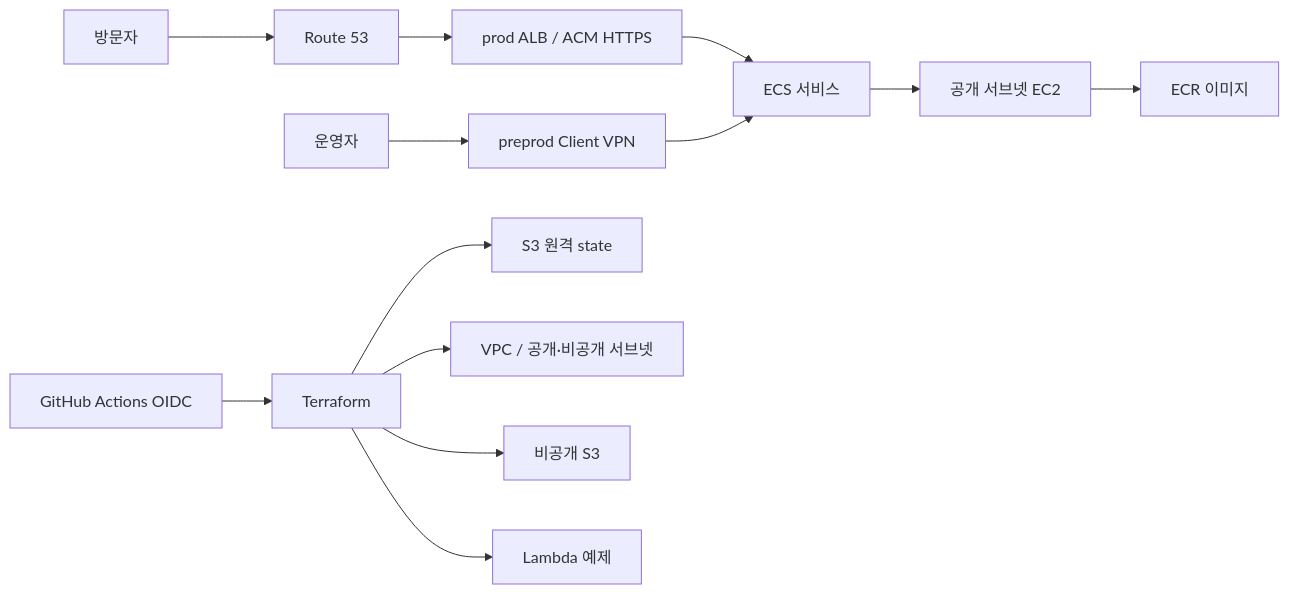
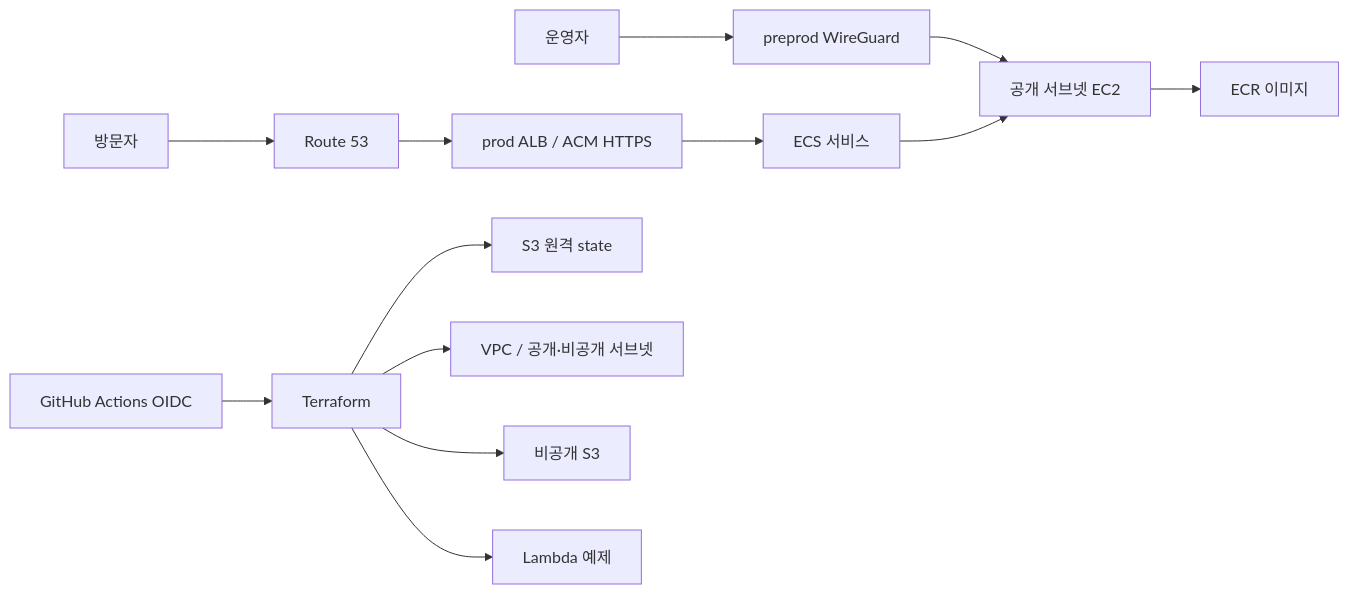
One commit to ban-dal/aws-ecs-fullstack-app changed the first of 2 diagrams in docs/architecture.md. Above: the diagram before and after it, drawn with Mermaid. The commit also changed other lines of this file and 20 other files, not shown here.

Commit message:
feat: deploy preprod web behind WireGuard on one ECS host

````diff
--- a/docs/architecture.md
+++ b/docs/architecture.md
@@ -5,15 +5,15 @@
 ```mermaid
 flowchart LR
   Browser[방문자] --> DNS[Route 53]
   DNS --> ALB[prod ALB / ACM HTTPS]
   ALB --> ECS[ECS 서비스]
-  Operator[운영자] --> VPN[preprod Client VPN]
-  VPN --> ECS
+  Operator[운영자] --> VPN[preprod WireGuard]
+  VPN --> EC2
   ECS --> EC2[공개 서브넷 EC2]
   EC2 --> ECR[ECR 이미지]
   CI[GitHub Actions OIDC] --> TF[Terraform]
   TF --> State[S3 원격 state]
   TF --> VPC[VPC / 공개·비공개 서브넷]
   TF --> Assets[비공개 S3]
   TF --> Lambda[Lambda 예제]
 ```
````
